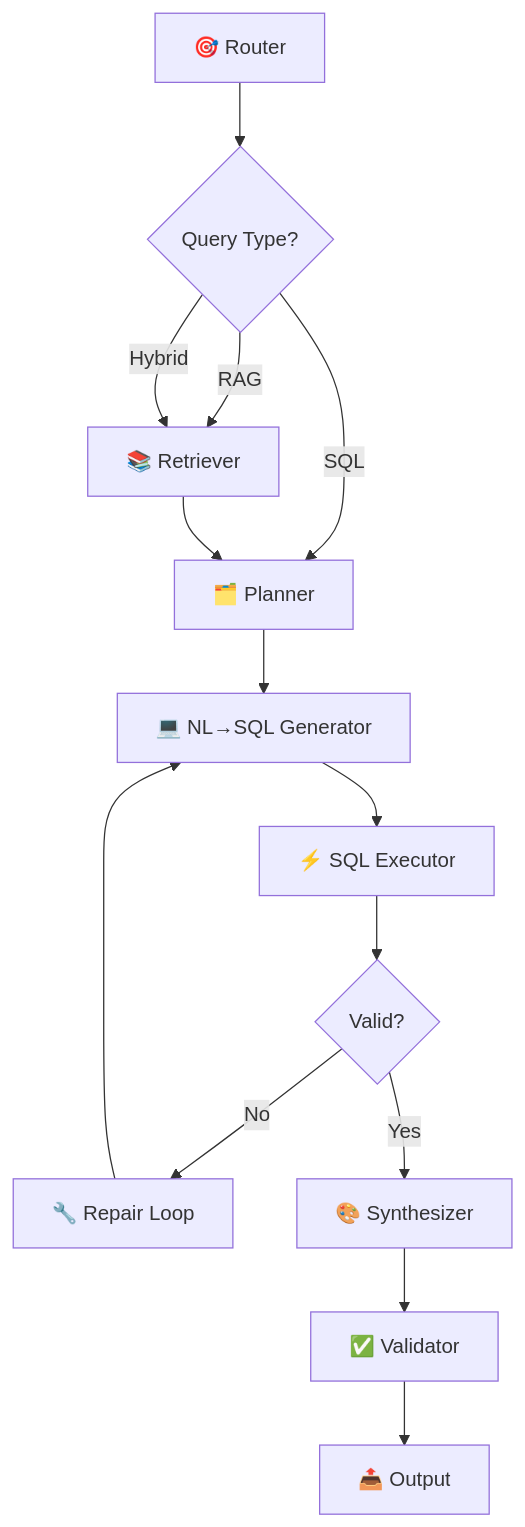
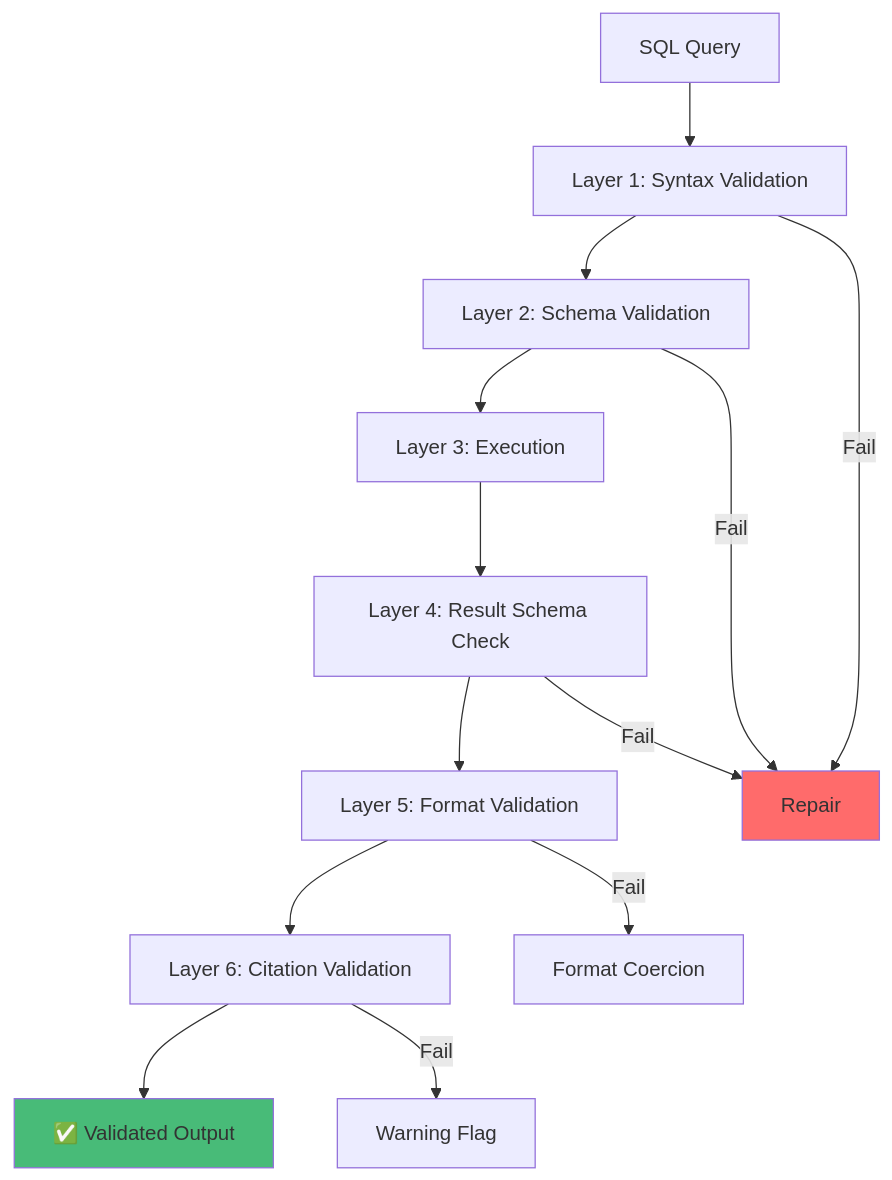
One commit to engrmumtazali0112/retail-analytics-copilot changed the eighth of 8 diagrams in README.md. Above: the diagram before and after it, drawn with Mermaid. The commit also changed other lines of this file, not shown here.

````diff
--- a/README.md
+++ b/README.md
@@ -95,16 +1084,19 @@
 ```mermaid
-graph TB
-    A[🎯 Router] --> B{Query Type?}
-    B -->|RAG| C[📚 Retriever]
-    B -->|SQL| D[🗂️ Planner]
-    B -->|Hybrid| C
-    C --> D
-    D --> E[💻 NL→SQL Generator]
-    E --> F[⚡ SQL Executor]
-    F --> G{Valid?}
-    G -->|No| H[🔧 Repair Loop]
-    H --> E
-    G -->|Yes| I[🎨 Synthesizer]
-    I --> J[✅ Validator]
-    J --> K[📤 Output]
+graph TD
+    A[SQL Query] --> B[Layer 1: Syntax Validation]
+    B --> C[Layer 2: Schema Validation]
+    C --> D[Layer 3: Execution]
+    D --> E[Layer 4: Result Schema Check]
+    E --> F[Layer 5: Format Validation]
+    F --> G[Layer 6: Citation Validation]
+    G --> H[✅ Validated Output]
+    
+    B -->|Fail| I[Repair]
+    C -->|Fail| I
+    E -->|Fail| I
+    F -->|Fail| J[Format Coercion]
+    G -->|Fail| K[Warning Flag]
+    
+    style H fill:#48bb78
+    style I fill:#ff6b6b
 ```
````
